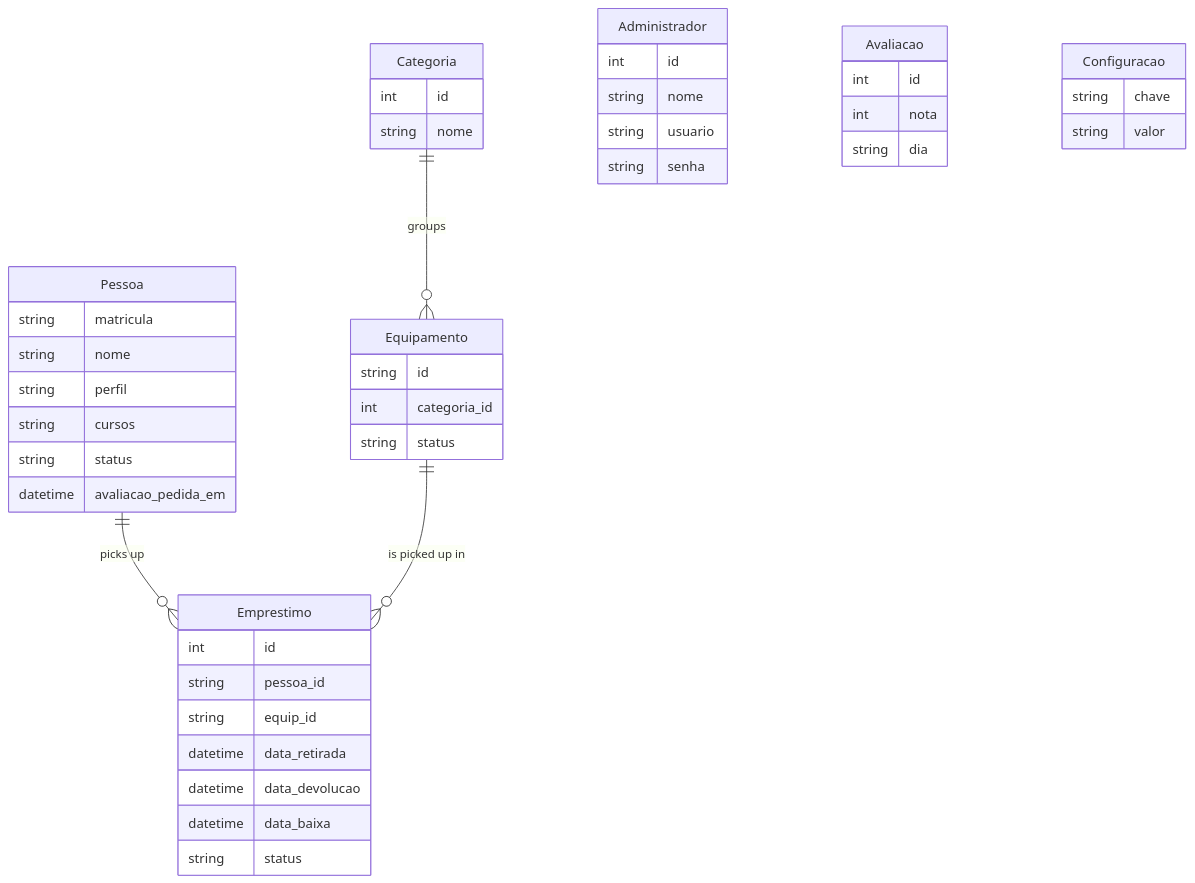
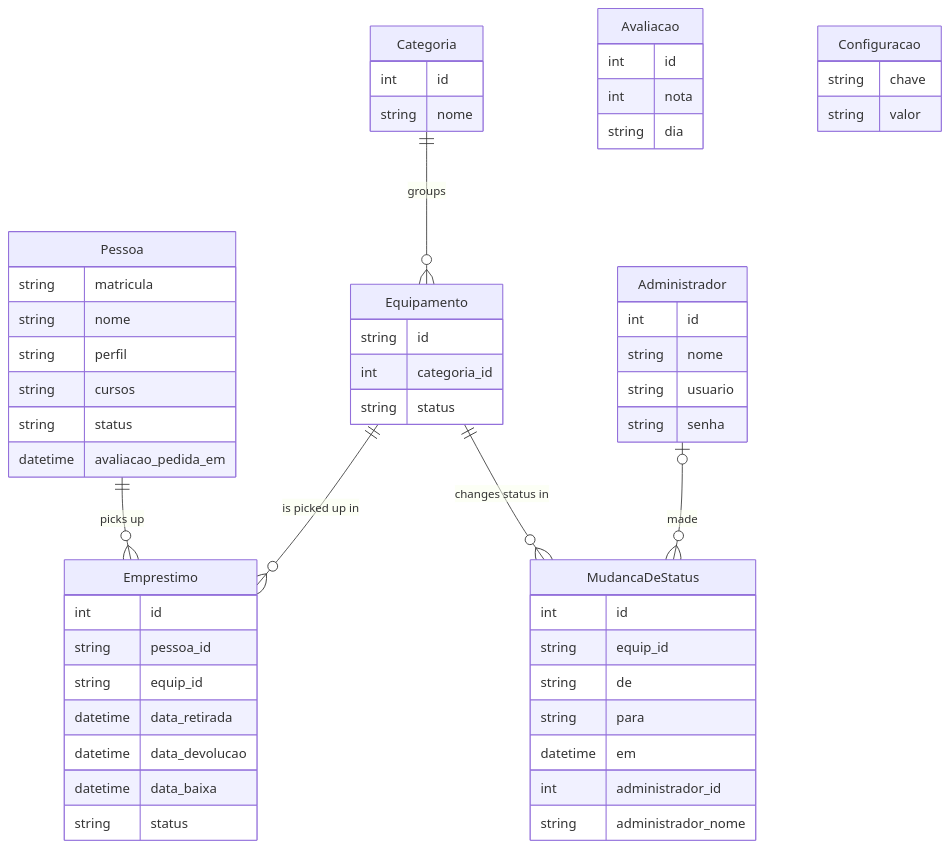
Before and after one commit to viccenzo-boff/sistema-emprestimo-equipamentos: the diagram in docs/en/sobre/arquitetura-do-sistema.md, drawn with Mermaid. The commit also changed other lines of this file and 25 other files, not shown here.

````diff
--- a/docs/en/sobre/arquitetura-do-sistema.md
+++ b/docs/en/sobre/arquitetura-do-sistema.md
@@ -81,47 +81,58 @@
 ```mermaid
 erDiagram
     Pessoa ||--o{ Emprestimo : "picks up"
     Equipamento ||--o{ Emprestimo : "is picked up in"
     Categoria ||--o{ Equipamento : "groups"
+    Equipamento ||--o{ MudancaDeStatus : "changes status in"
+    Administrador |o--o{ MudancaDeStatus : "made"
     Administrador {
         int id
         string nome
         string usuario
         string senha
     }
     Pessoa {
         string matricula
         string nome
         string perfil
         string cursos
         string status
         datetime avaliacao_pedida_em
     }
     Categoria {
         int id
         string nome
     }
     Equipamento {
         string id
         int categoria_id
         string status
     }
     Emprestimo {
         int id
         string pessoa_id
         string equip_id
         datetime data_retirada
         datetime data_devolucao
         datetime data_baixa
         string status
     }
     Avaliacao {
         int id
         int nota
         string dia
     }
     Configuracao {
         string chave
         string valor
     }
+    MudancaDeStatus {
+        int id
+        string equip_id
+        string de
+        string para
+        datetime em
+        int administrador_id
+        string administrador_nome
+    }
 ```
````
